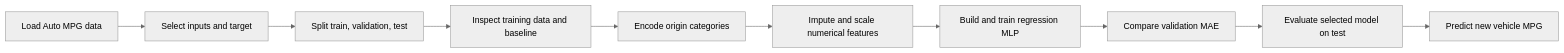
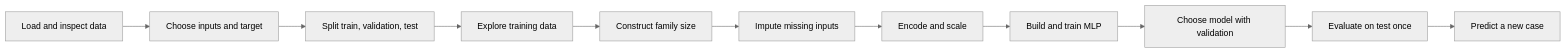
Before and after one commit to AI-Learning-Repo/Neural-Networks: the first of 2 diagrams in material/pair-prog.md, drawn with Mermaid (neutral theme). The commit also changed other lines of this file, not shown here.

````diff
--- a/material/pair-prog.md
+++ b/material/pair-prog.md
@@ -36,12 +38,13 @@
 ```mermaid
 flowchart LR
-    A[Load Auto MPG data] --> B[Select inputs and target]
+    A[Load and inspect data] --> B[Choose inputs and target]
     B --> C[Split train, validation, test]
-    C --> D[Inspect training data and baseline]
-    D --> E[Encode origin categories]
-    E --> F[Impute and scale numerical features]
-    F --> G[Build and train regression MLP]
-    G --> H[Compare validation MAE]
-    H --> I[Evaluate selected model on test]
-    I --> J[Predict new vehicle MPG]
+    C --> D[Explore training data]
+    D --> E[Construct family size]
+    E --> F[Impute missing inputs]
+    F --> G[Encode and scale]
+    G --> H[Build and train MLP]
+    H --> I[Choose model with validation]
+    I --> J[Evaluate on test once]
+    J --> K[Predict a new case]
 ```
````
